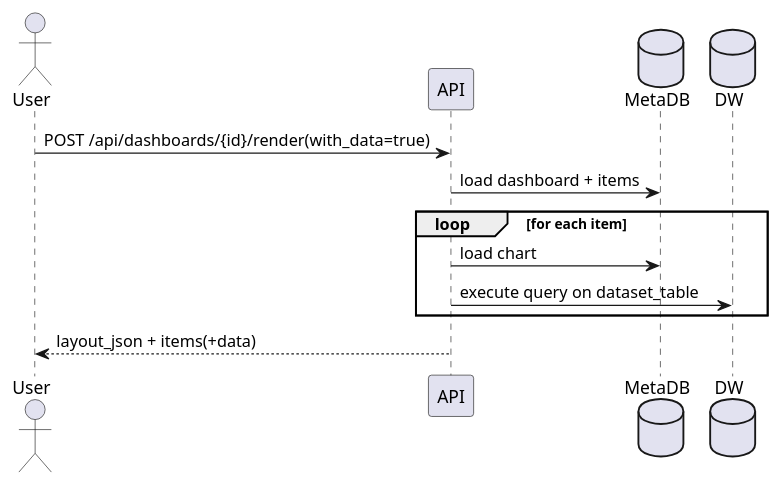
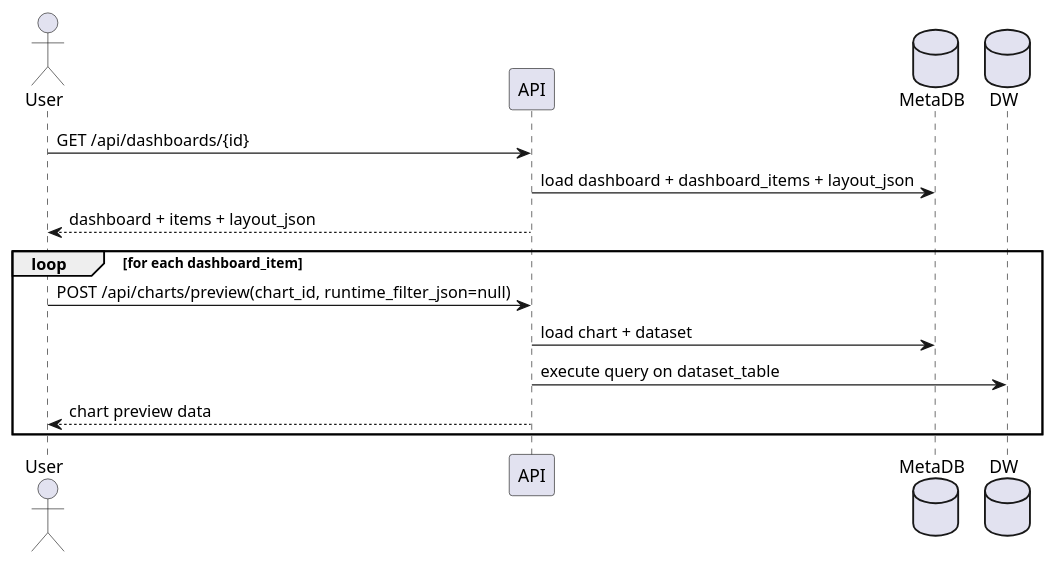
One commit to FangZiyong/grass changed diagram 26 of 29 in docs/tech copy.md. Above: the diagram before and after it, drawn with PlantUML. The commit also changed other lines of this file and 5 other files, not shown here.

````diff
--- a/docs/tech copy.md
+++ b/docs/tech copy.md
@@ -5602,16 +5789,20 @@
 ```plantuml
 @startuml
 actor User
 participant "API" as API
 database "MetaDB" as MDB
 database "DW" as DW
 
-User -> API: POST /api/dashboards/{id}/render(with_data=true)
-API -> MDB: load dashboard + items
-loop for each item
-  API -> MDB: load chart
+User -> API: GET /api/dashboards/{id}
+API -> MDB: load dashboard + dashboard_items + layout_json
+API --> User: dashboard + items + layout_json
+
+loop for each dashboard_item
+  User -> API: POST /api/charts/preview(chart_id, runtime_filter_json=null)
+  API -> MDB: load chart + dataset
   API -> DW: execute query on dataset_table
+  API --> User: chart preview data
 end
-API --> User: layout_json + items(+data)
+
 @enduml
 ```
````
